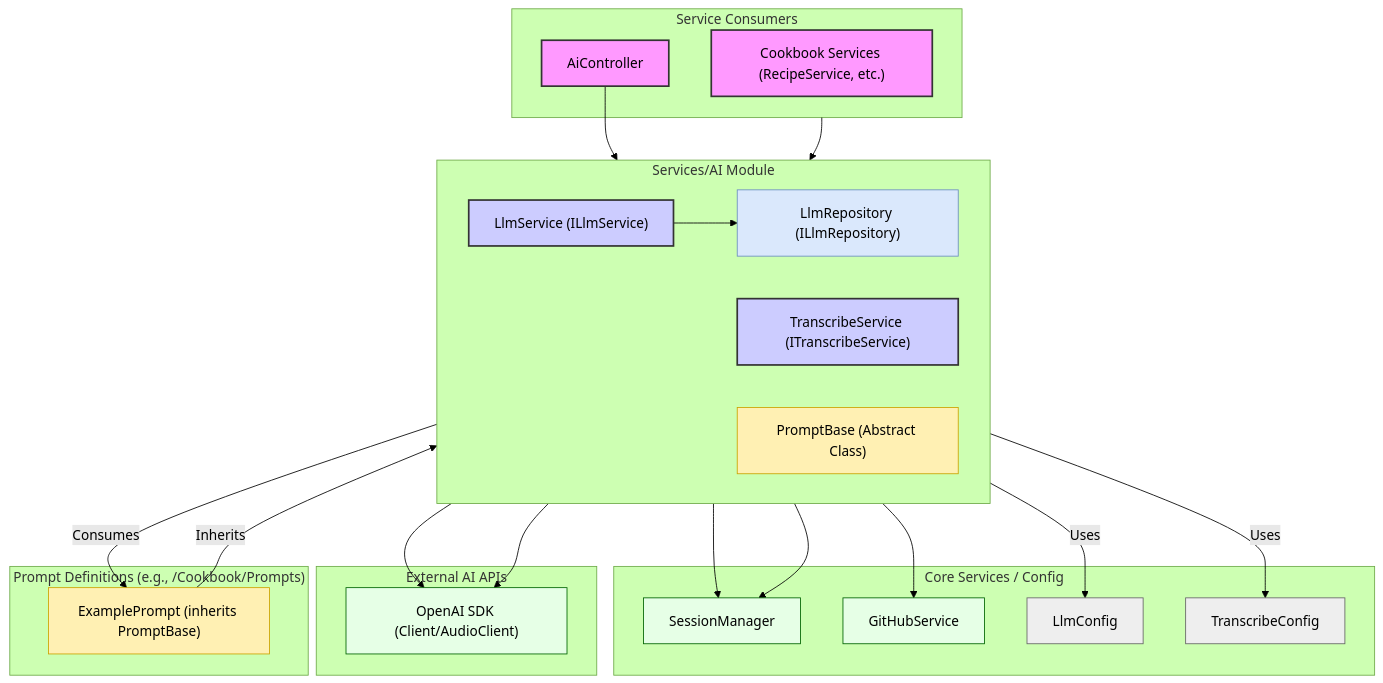
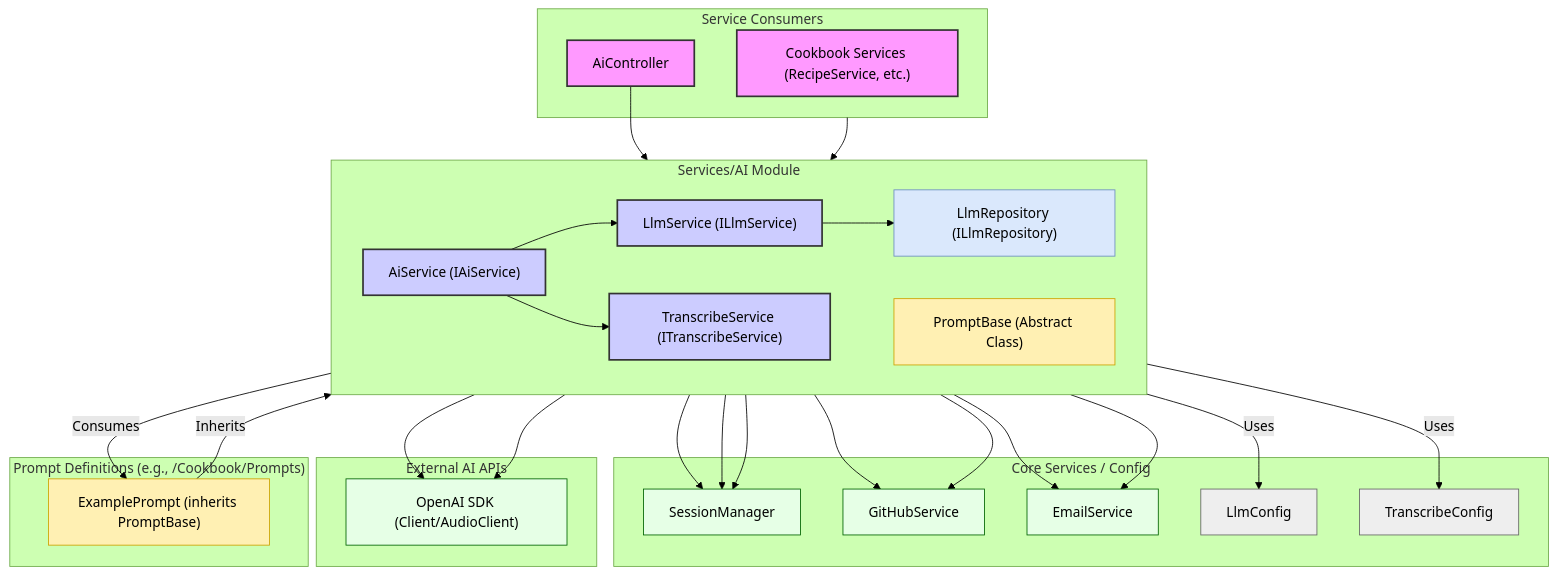
Before and after one commit to Zarichney-Development/zarichney-api: the diagram in api-server/Services/AI/README.md, drawn with Mermaid (forest theme). The commit also changed other lines of this file and 16 other files, not shown here.

````diff
--- a/api-server/Services/AI/README.md
+++ b/api-server/Services/AI/README.md
@@ -32,66 +33,75 @@
 ```mermaid
 %% Component diagram for the AI Services module
 graph TD
     subgraph AIServices ["Services/AI Module"]
         direction LR
+        AiSvc["AiService (IAiService)"]
         LlmSvc["LlmService (ILlmService)"]
         TranscribeSvc["TranscribeService (ITranscribeService)"]
         LlmRepo["LlmRepository (ILlmRepository)"]
         PromptBaseClass["PromptBase (Abstract Class)"]
     end
 
     subgraph ExternalConsumers ["Service Consumers"]
         CookbookSvcs["Cookbook Services (RecipeService, etc.)"]
         AiController["AiController"]
     end
 
     subgraph CoreServices ["Core Services / Config"]
         SessionMgr["SessionManager"]
         GithubSvc["GitHubService"]
+        EmailSvc["EmailService"]
         LlmConfig["LlmConfig"]
         TranscribeConfig["TranscribeConfig"]
     end
 
     subgraph ExternalAI ["External AI APIs"]
         OpenAISDK["OpenAI SDK (Client/AudioClient)"]
     end
 
     subgraph PromptDefinitions ["Prompt Definitions (e.g., /Cookbook/Prompts)"]
         ExamplePrompt["ExamplePrompt (inherits PromptBase)"]
     end
 
     %% Interactions
     ExternalConsumers --> LlmSvc
-    AiController --> TranscribeSvc
+    AiController --> AiSvc
+    
+    AiSvc --> LlmSvc
+    AiSvc --> TranscribeSvc
+    AiSvc --> GithubSvc
+    AiSvc --> EmailSvc
+    AiSvc --> SessionMgr
 
     LlmSvc --> OpenAISDK
     LlmSvc --> SessionMgr
     LlmSvc --> LlmRepo
     LlmSvc -- Consumes --> ExamplePrompt
     LlmSvc -- Uses --> LlmConfig
 
     TranscribeSvc --> OpenAISDK
+    TranscribeSvc --> EmailSvc
     TranscribeSvc -- Uses --> TranscribeConfig
 
     LlmRepo --> GithubSvc
     LlmRepo --> SessionMgr
 
     ExamplePrompt -- Inherits --> PromptBaseClass
 
     %% Styling
     classDef service fill:#ccf,stroke:#333,stroke-width:2px;
     classDef repo fill:#dae8fc,stroke:#6c8ebf,stroke-width:1px;
     classDef external fill:#e6ffe6,stroke:#006400,stroke-width:1px;
     classDef prompt fill:#fff0b3,stroke:#cca300,stroke-width:1px;
     classDef config fill:#eee,stroke:#666,stroke-width:1px;
     classDef consumer fill:#f9f,stroke:#333,stroke-width:2px;
 
-    class LlmSvc,TranscribeSvc service;
+    class AiSvc,LlmSvc,TranscribeSvc service;
     class LlmRepo repo;
     class PromptBaseClass,ExamplePrompt prompt;
-    class SessionMgr,GithubSvc external;
+    class SessionMgr,GithubSvc,EmailSvc external;
     class OpenAISDK external;
     class LlmConfig,TranscribeConfig config;
     class CookbookSvcs,AiController consumer;
 
 ```
````
